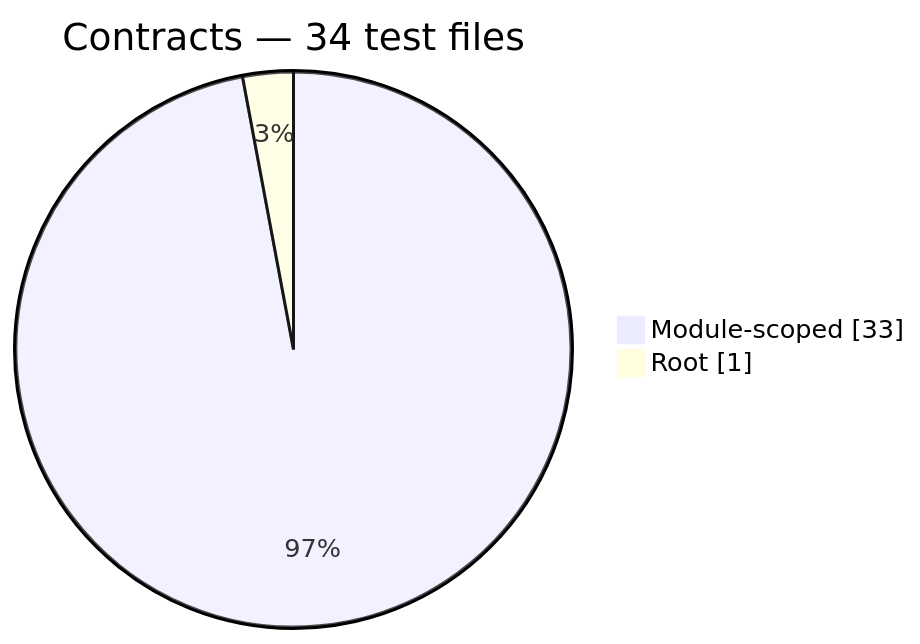
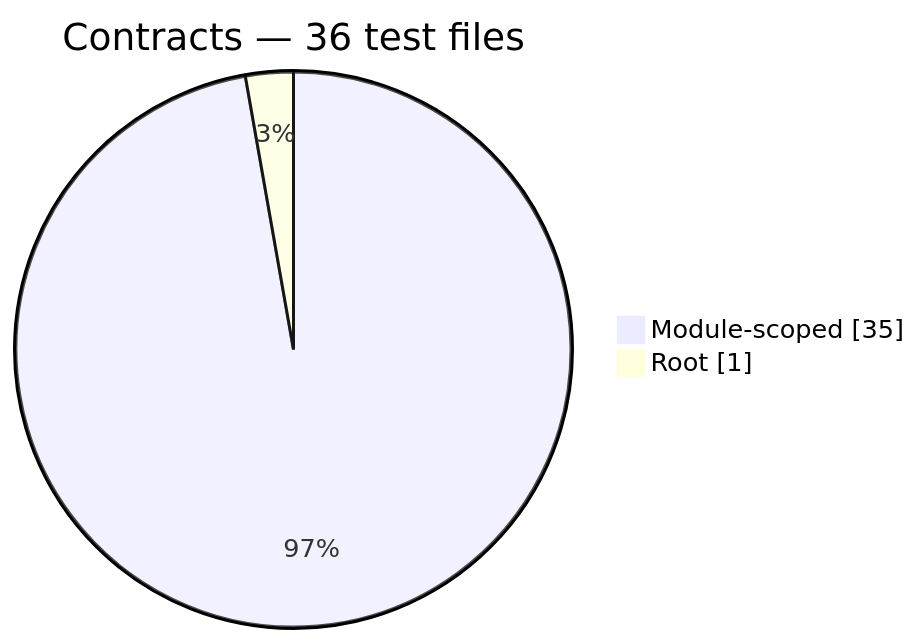
One commit to PHP-Arazzo/php-arazzo changed the first of 13 diagrams in docs/generated/test-composition.md. Above: the diagram before and after it, drawn with Mermaid. The commit also changed other lines of this file and 142 other files, not shown here.

````diff
--- a/docs/generated/test-composition.md
+++ b/docs/generated/test-composition.md
@@ -14,6 +14,6 @@
 ```mermaid
 pie showData
-    title Contracts — 34 test files
-    "Module-scoped": 33
+    title Contracts — 36 test files
+    "Module-scoped": 35
     "Root": 1
 ```
````
